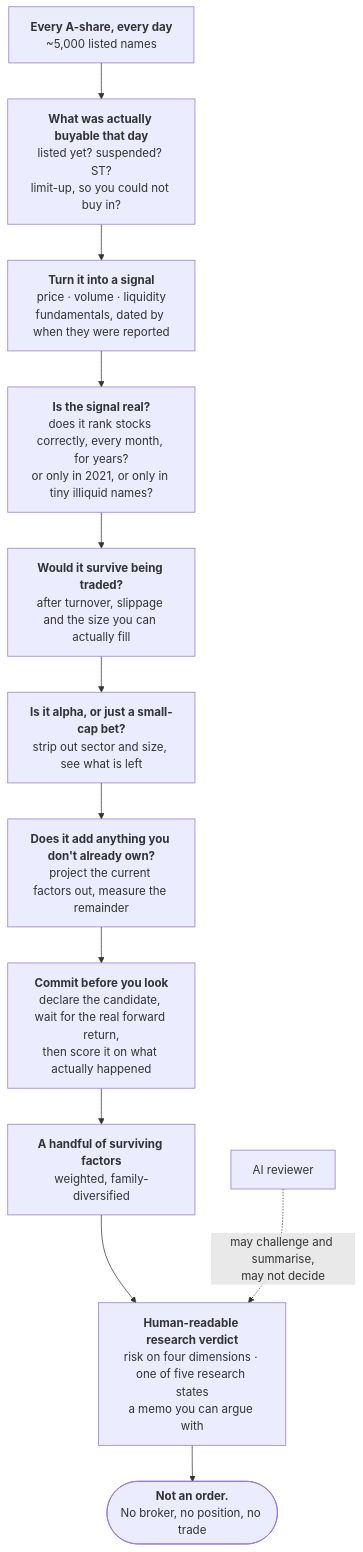
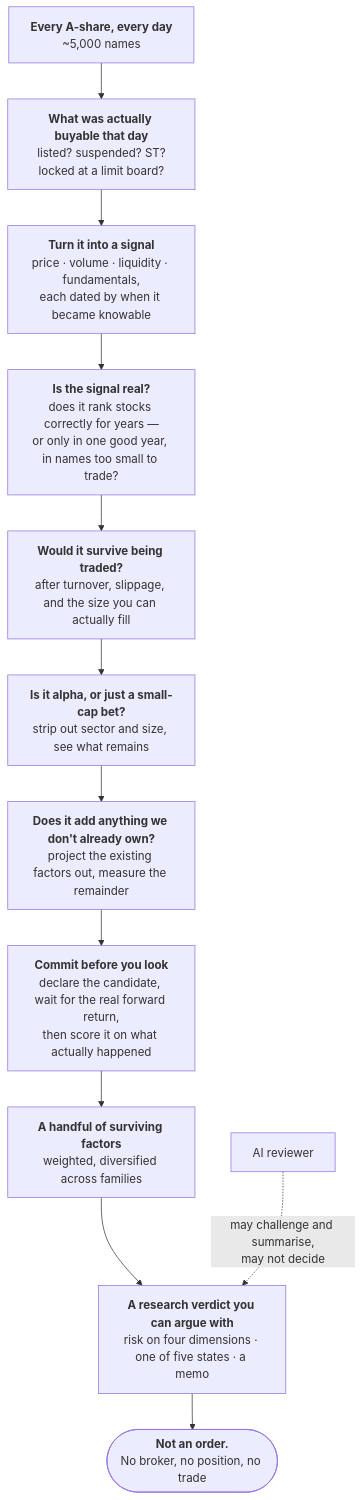
The diagram in README.md (alpha-mw/myQuant), drawn with Mermaid before and after one commit. The commit also changed other lines of this file and 1 other file, not shown here.

````diff
--- a/README.md
+++ b/README.md
@@ -69,18 +79,18 @@
 ```mermaid
 flowchart TD
-    U["<b>Every A-share, every day</b><br/>~5,000 listed names"]
-    P["<b>What was actually buyable that day</b><br/>listed yet? suspended? ST?<br/>limit-up, so you could not buy in?"]
-    S["<b>Turn it into a signal</b><br/>price · volume · liquidity<br/>fundamentals, dated by when they were reported"]
-    E["<b>Is the signal real?</b><br/>does it rank stocks correctly, every month, for years?<br/>or only in 2021, or only in tiny illiquid names?"]
-    K["<b>Would it survive being traded?</b><br/>after turnover, slippage and the size you can actually fill"]
-    N["<b>Is it alpha, or just a small-cap bet?</b><br/>strip out sector and size, see what is left"]
-    X["<b>Does it add anything you don't already own?</b><br/>project the current factors out, measure the remainder"]
+    U["<b>Every A-share, every day</b><br/>~5,000 names"]
+    P["<b>What was actually buyable that day</b><br/>listed? suspended? ST?<br/>locked at a limit board?"]
+    S["<b>Turn it into a signal</b><br/>price · volume · liquidity · fundamentals,<br/>each dated by when it became knowable"]
+    E["<b>Is the signal real?</b><br/>does it rank stocks correctly for years —<br/>or only in one good year, in names too small to trade?"]
+    K["<b>Would it survive being traded?</b><br/>after turnover, slippage, and the size you can actually fill"]
+    N["<b>Is it alpha, or just a small-cap bet?</b><br/>strip out sector and size, see what remains"]
+    X["<b>Does it add anything we don't already own?</b><br/>project the existing factors out, measure the remainder"]
     W["<b>Commit before you look</b><br/>declare the candidate, wait for the real forward return,<br/>then score it on what actually happened"]
-    R["<b>A handful of surviving factors</b><br/>weighted, family-diversified"]
-    J["<b>Human-readable research verdict</b><br/>risk on four dimensions · one of five research states<br/>a memo you can argue with"]
+    R["<b>A handful of surviving factors</b><br/>weighted, diversified across families"]
+    J["<b>A research verdict you can argue with</b><br/>risk on four dimensions · one of five states · a memo"]
     Z(["<b>Not an order.</b><br/>No broker, no position, no trade"])
 
     U --> P --> S --> E --> K --> N --> X --> W --> R --> J --> Z
 
     LLM["AI reviewer"] -. "may challenge and summarise,<br/>may not decide" .-> J
 ```
````
